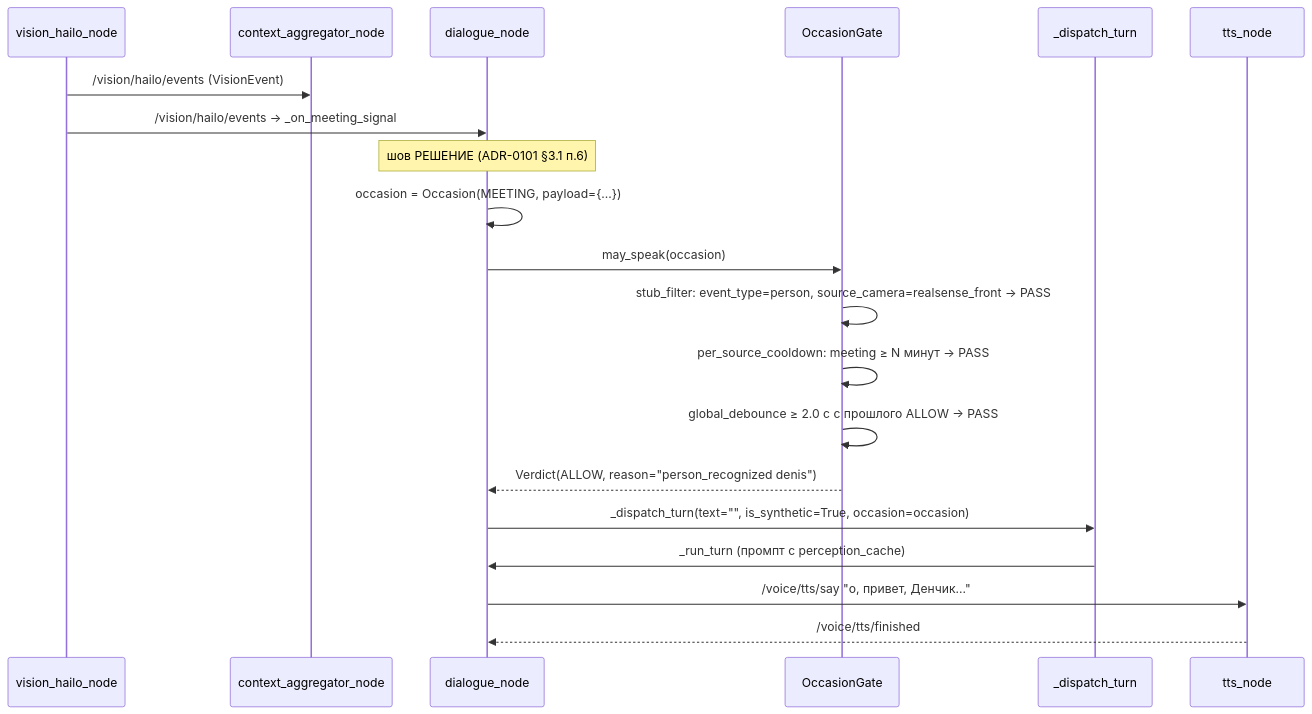
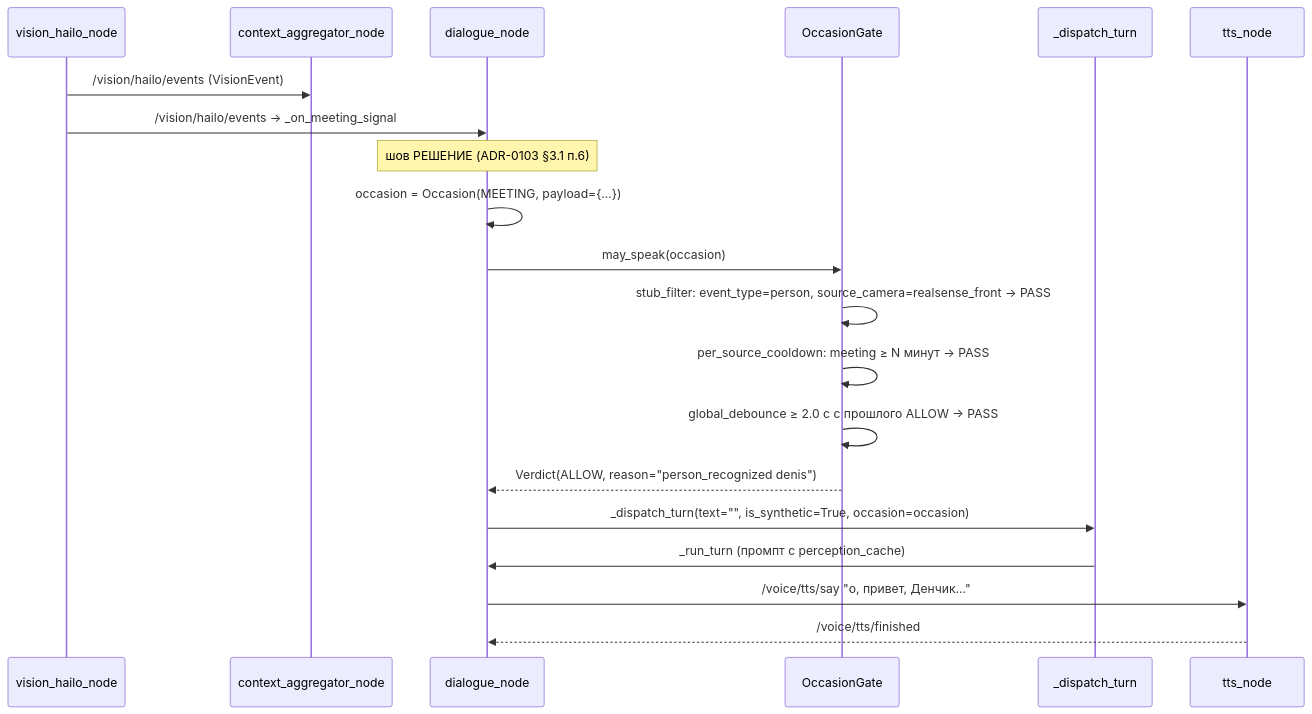
The diagram in docs/e2e/turn_occasion_scenario.md (krikz/rob_box_project), drawn with Mermaid before and after one commit. The commit also changed other lines of this file and 15 other files, not shown here.

````diff
--- a/docs/e2e/turn_occasion_scenario.md
+++ b/docs/e2e/turn_occasion_scenario.md
@@ -121,23 +121,23 @@
 ```mermaid
 sequenceDiagram
     participant V as vision_hailo_node
     participant CA as context_aggregator_node
     participant DN as dialogue_node
     participant OG as OccasionGate
     participant DT as _dispatch_turn
     participant TTS as tts_node
 
     V->>CA: /vision/hailo/events (VisionEvent)
     V->>DN: /vision/hailo/events → _on_meeting_signal
-    Note over DN: шов РЕШЕНИЕ (ADR-0101 §3.1 п.6)
+    Note over DN: шов РЕШЕНИЕ (ADR-0103 §3.1 п.6)
     DN->>DN: occasion = Occasion(MEETING, payload={...})
     DN->>OG: may_speak(occasion)
     OG->>OG: stub_filter: event_type=person, source_camera=realsense_front → PASS
     OG->>OG: per_source_cooldown: meeting ≥ N минут → PASS
     OG->>OG: global_debounce ≥ 2.0 с с прошлого ALLOW → PASS
     OG-->>DN: Verdict(ALLOW, reason="person_recognized denis")
     DN->>DT: _dispatch_turn(text="", is_synthetic=True, occasion=occasion)
     DT->>DN: _run_turn (промпт с perception_cache)
     DN->>TTS: /voice/tts/say "о, привет, Денчик..."
     TTS-->>DN: /voice/tts/finished
 ```
````
